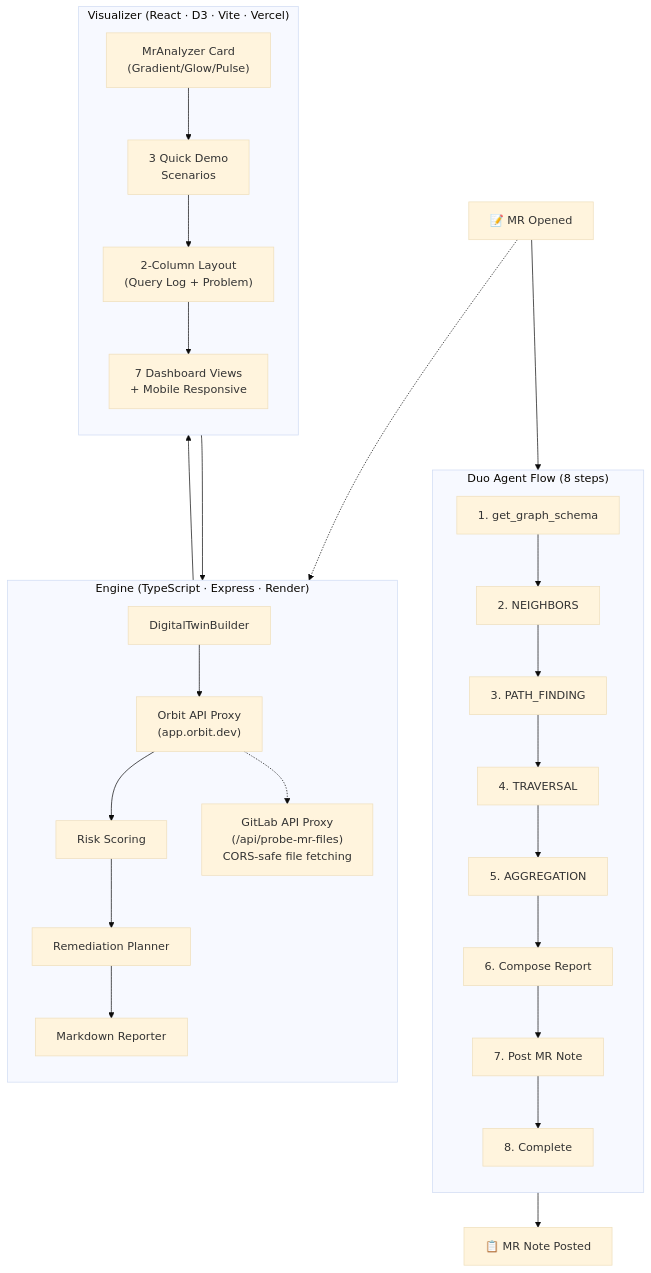
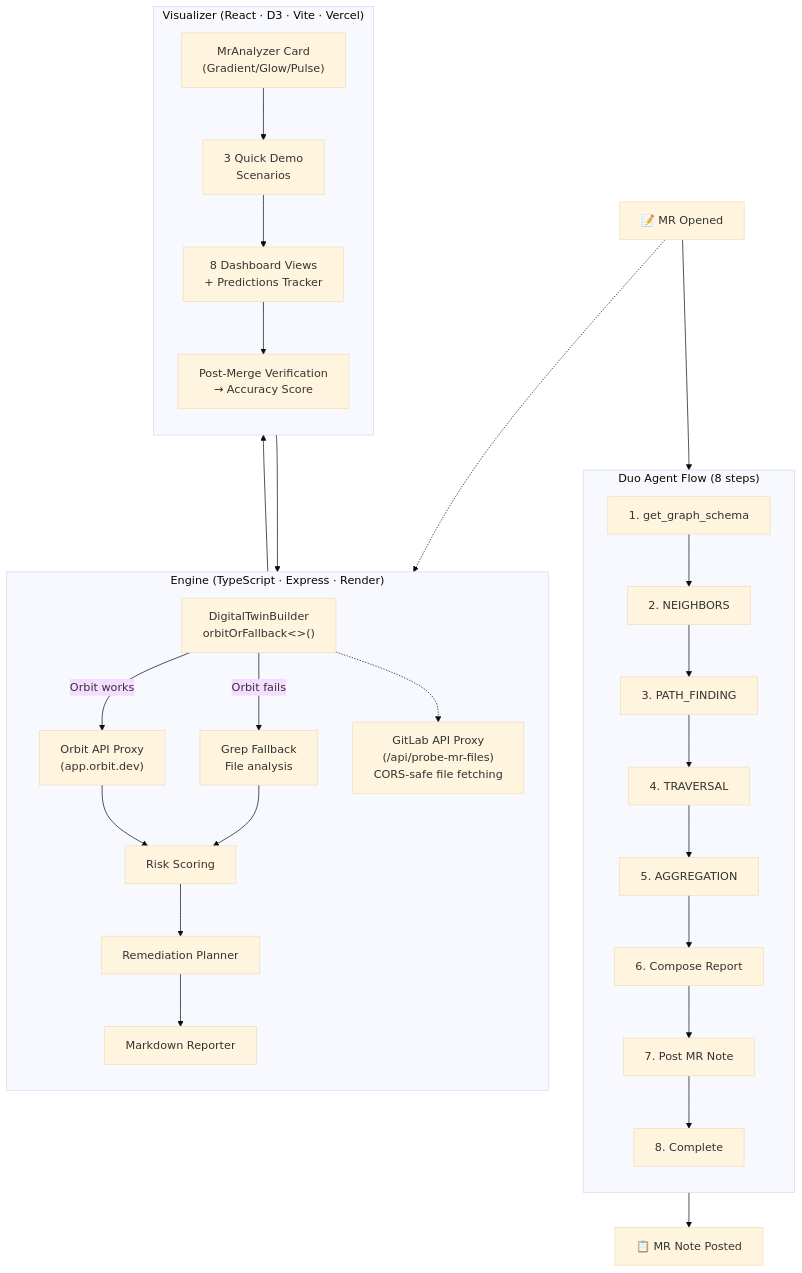
The diagram in README.md (dgboy-ai/orbit-sentinel), drawn with Mermaid (base theme) before and after one commit. The commit also changed other lines of this file and 24 other files, not shown here.

First line of the commit message:
feat: PredictionsTracker + grep fallback + closed-loop accuracy

````diff
--- a/README.md
+++ b/README.md
@@ -78,32 +119,34 @@
 ```mermaid
 flowchart TD
     MR["📝 MR Opened"] --> FLOW
 
     subgraph FLOW["Duo Agent Flow (8 steps)"]
         direction TB
         S1["1. get_graph_schema"] --> S2["2. NEIGHBORS"] --> S3["3. PATH_FINDING"] --> S4["4. TRAVERSAL"] --> S5["5. AGGREGATION"]
         S5 --> S6["6. Compose Report"] --> S7["7. Post MR Note"] --> S8["8. Complete"]
     end
 
     FLOW --> NOTE["📋 MR Note Posted"]
 
     subgraph ENGINE["Engine (TypeScript · Express · Render)"]
         direction TB
-        E0["DigitalTwinBuilder"] --> E1["Orbit API Proxy\n(app.orbit.dev)"]
-        E1 --> E2["Risk Scoring"]
-        E2 --> E3["Remediation Planner"]
-        E3 --> E4["Markdown Reporter"]
-        E1 -.-> GITLAB["GitLab API Proxy\n(/api/probe-mr-files)\nCORS-safe file fetching"]
+        E0["DigitalTwinBuilder\norbitOrFallback<>()"] -- "Orbit works" --> ORBIT["Orbit API Proxy\n(app.orbit.dev)"]
+        E0 -- "Orbit fails" --> FALLBACK["Grep Fallback\nFile analysis"]
+        ORBIT --> E1
+        FALLBACK --> E1
+        E1["Risk Scoring"] --> E2["Remediation Planner"]
+        E2 --> E3["Markdown Reporter"]
+        E0 -.-> GITLAB["GitLab API Proxy\n(/api/probe-mr-files)\nCORS-safe file fetching"]
     end
 
     subgraph VIZ["Visualizer (React · D3 · Vite · Vercel)"]
         direction TB
         V1["MrAnalyzer Card\n(Gradient/Glow/Pulse)"] --> V2["3 Quick Demo\nScenarios"]
-        V2 --> V3["2-Column Layout\n(Query Log + Problem)"]
-        V3 --> V4["7 Dashboard Views\n+ Mobile Responsive"]
+        V2 --> V3["8 Dashboard Views\n+ Predictions Tracker"]
+        V3 --> V4["Post-Merge Verification\n→ Accuracy Score"]
     end
 
     MR -.-> GITLAB
     VIZ --> ENGINE
     ENGINE --> VIZ
 ```
````
